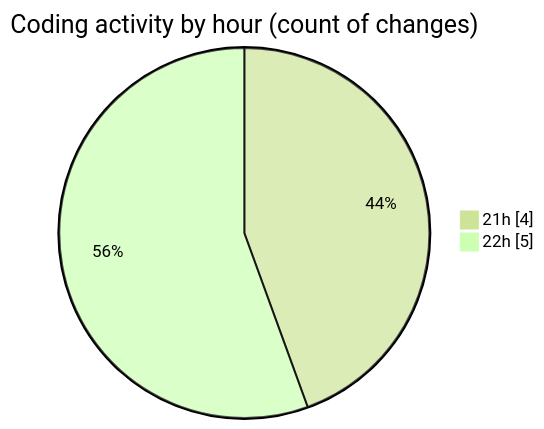
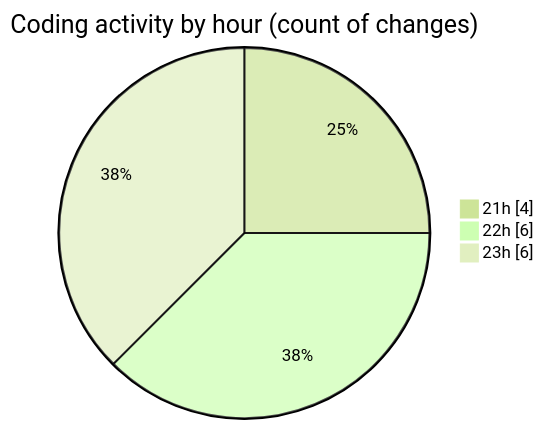
One commit to yexinjia/code-tracking changed the second of 2 diagrams in 2026-07-31/mono-test/README.md. Above: the diagram before and after it, drawn with Mermaid (forest theme). The commit also changed other lines of this file and 1 other file, not shown here.

````diff
--- a/2026-07-31/mono-test/README.md
+++ b/2026-07-31/mono-test/README.md
@@ -30,6 +30,7 @@
 ```mermaid
 pie showData
 title Coding activity by hour (count of changes)
 "21h" : 4
-"22h" : 5
+"22h" : 6
+"23h" : 6
 ```
````
